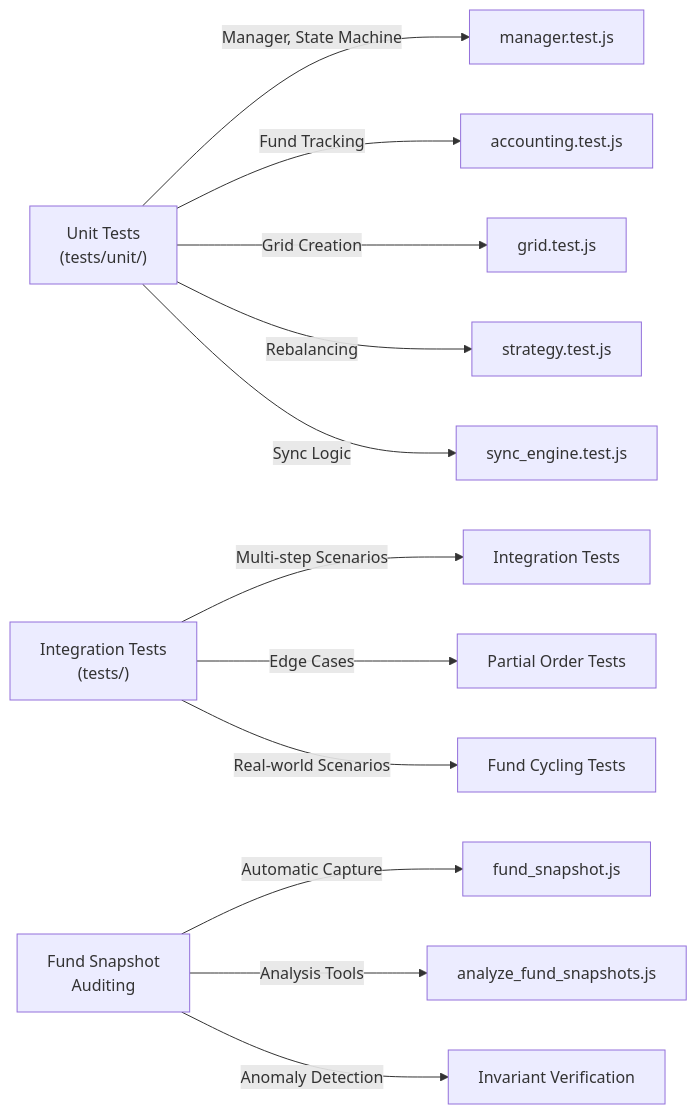
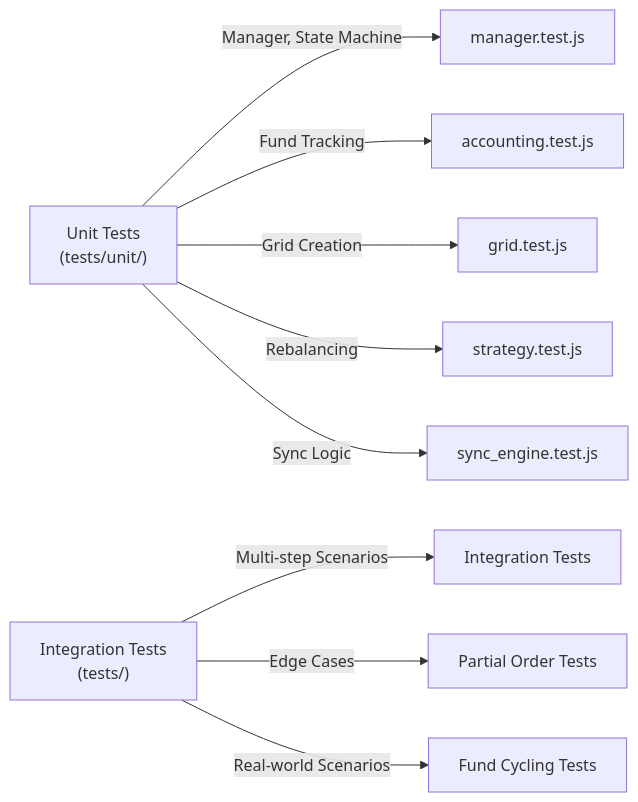
One commit to abitmore/DEXBot2 changed diagram 12 of 12 in docs/architecture.md. Above: the diagram before and after it, drawn with Mermaid. The commit also changed other lines of this file and 11 other files, not shown here.

First line of the commit message:
cleanup: Remove obsolete fund_snapshot references, update terminology, and remove dead debug code

````diff
--- a/docs/architecture.md
+++ b/docs/architecture.md
@@ -515,20 +515,15 @@
 ```mermaid
 graph LR
     A["Unit Tests<br/>(tests/unit/)"]
     B["Integration Tests<br/>(tests/)"]
-    C["Fund Snapshot<br/>Auditing"]
 
     A -->|Manager, State Machine| A1["manager.test.js"]
     A -->|Fund Tracking| A2["accounting.test.js"]
     A -->|Grid Creation| A3["grid.test.js"]
     A -->|Rebalancing| A4["strategy.test.js"]
     A -->|Sync Logic| A5["sync_engine.test.js"]
 
     B -->|Multi-step Scenarios| B1["Integration Tests"]
     B -->|Edge Cases| B2["Partial Order Tests"]
     B -->|Real-world Scenarios| B3["Fund Cycling Tests"]
-
-    C -->|Automatic Capture| C1["fund_snapshot.js"]
-    C -->|Analysis Tools| C2["analyze_fund_snapshots.js"]
-    C -->|Anomaly Detection| C3["Invariant Verification"]
 ```
````
